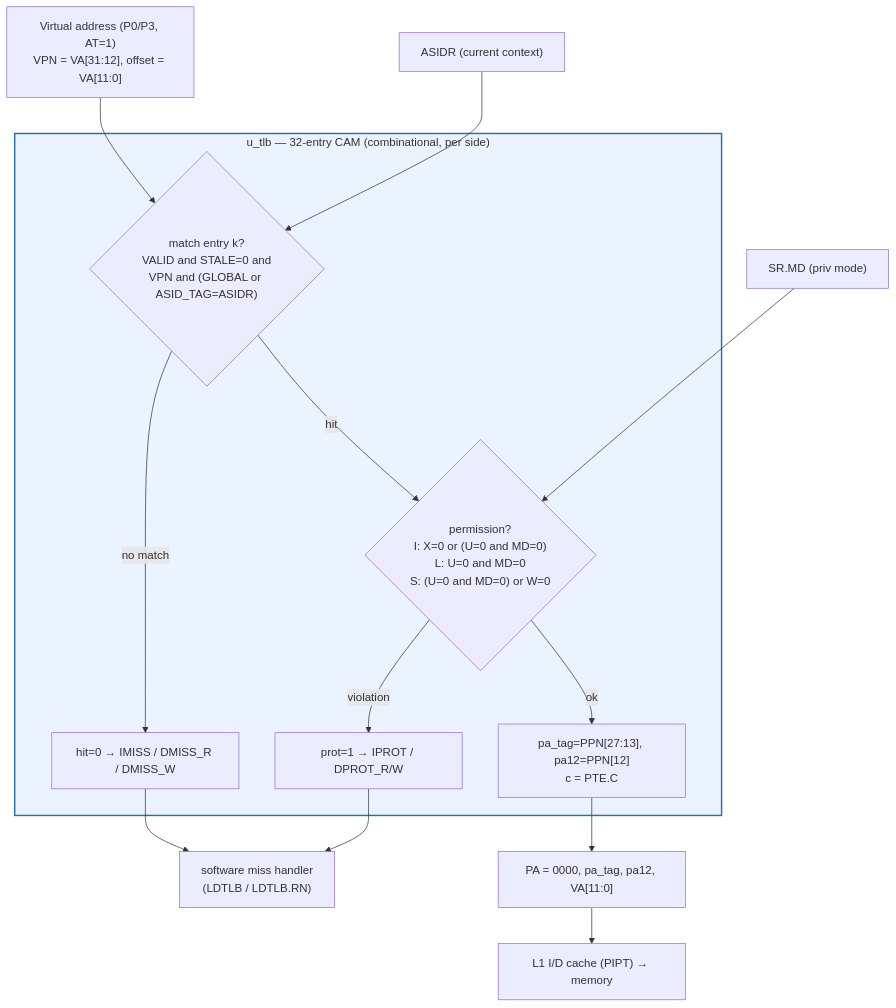
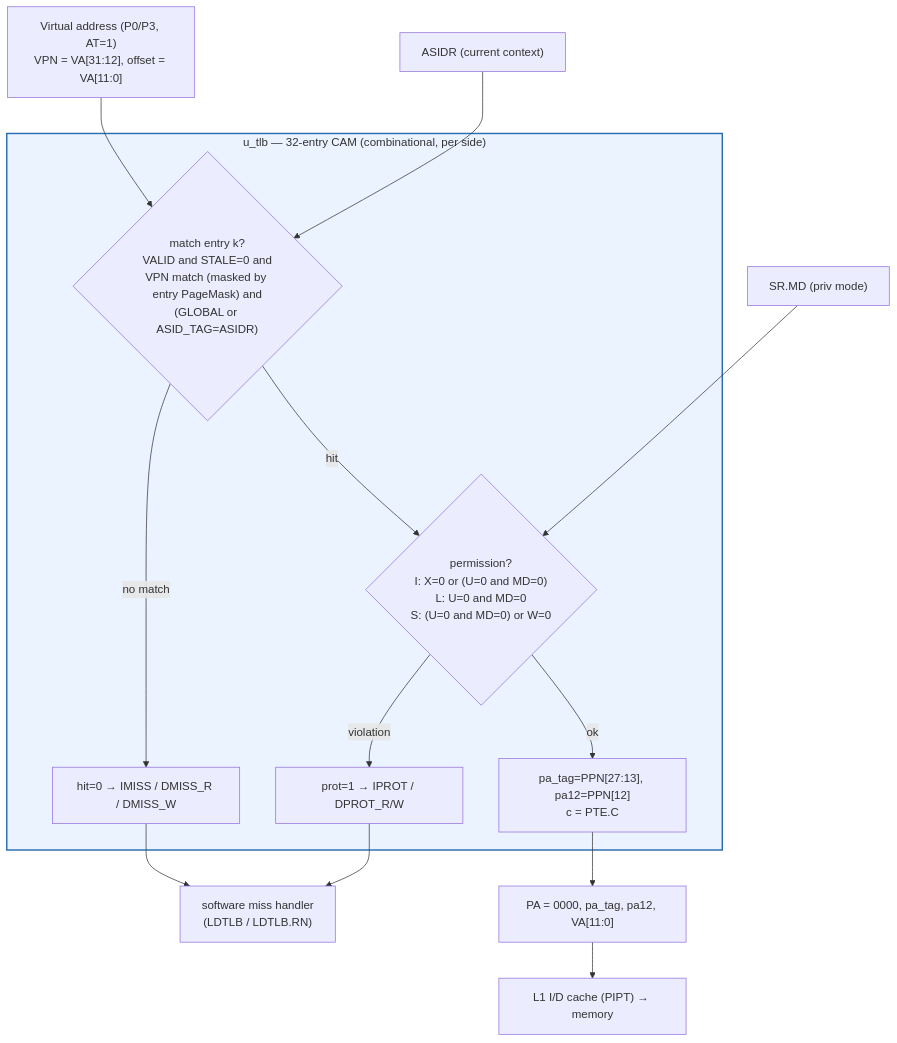
The second of 2 diagrams in docs/architecture/j4.md (mountain-reverie/jcore-cpu), drawn with Mermaid before and after one commit. The commit also changed other lines of this file and 5 other files, not shown here.

````diff
--- a/docs/architecture/j4.md
+++ b/docs/architecture/j4.md
@@ -124,26 +124,26 @@
 ```mermaid
 flowchart TB
     VA["Virtual address (P0/P3, AT=1)\nVPN = VA[31:12], offset = VA[11:0]"]
     ASIDR["ASIDR (current context)"]
     MD["SR.MD (priv mode)"]
     subgraph TLB["u_tlb — 32-entry CAM (combinational, per side)"]
-        M{"match entry k?\nVALID and STALE=0 and\nVPN and (GLOBAL or ASID_TAG=ASIDR)"}
+        M{"match entry k?\nVALID and STALE=0 and\nVPN match (masked by entry PageMask) and\n(GLOBAL or ASID_TAG=ASIDR)"}
         P{"permission?\nI: X=0 or (U=0 and MD=0)\nL: U=0 and MD=0\nS: (U=0 and MD=0) or W=0"}
         MISS["hit=0 → IMISS / DMISS_R / DMISS_W"]
         PROT["prot=1 → IPROT / DPROT_R/W"]
         OUT["pa_tag=PPN[27:13], pa12=PPN[12]\nc = PTE.C"]
         M -- "no match" --> MISS
         M -- "hit" --> P
         P -- "violation" --> PROT
         P -- "ok" --> OUT
     end
     VA --> M
     ASIDR --> M
     MD --> P
     MISS --> EXC["software miss handler\n(LDTLB / LDTLB.RN)"]
     PROT --> EXC
     OUT --> RELOC["PA = 0000, pa_tag, pa12, VA[11:0]"] --> CACHE["L1 I/D cache (PIPT) → memory"]
 
     classDef sh4 fill:#eaf3ff,stroke:#2a6db5,stroke-width:2px;
     class TLB sh4;
 ```
````
